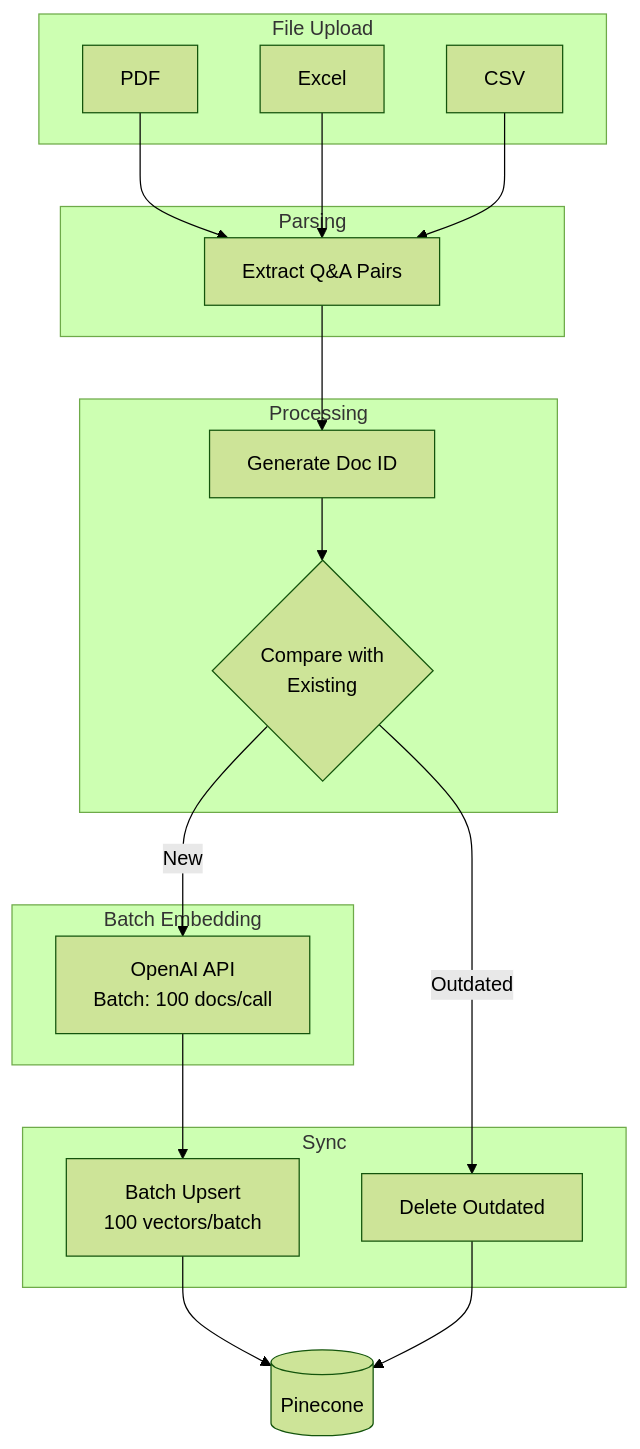
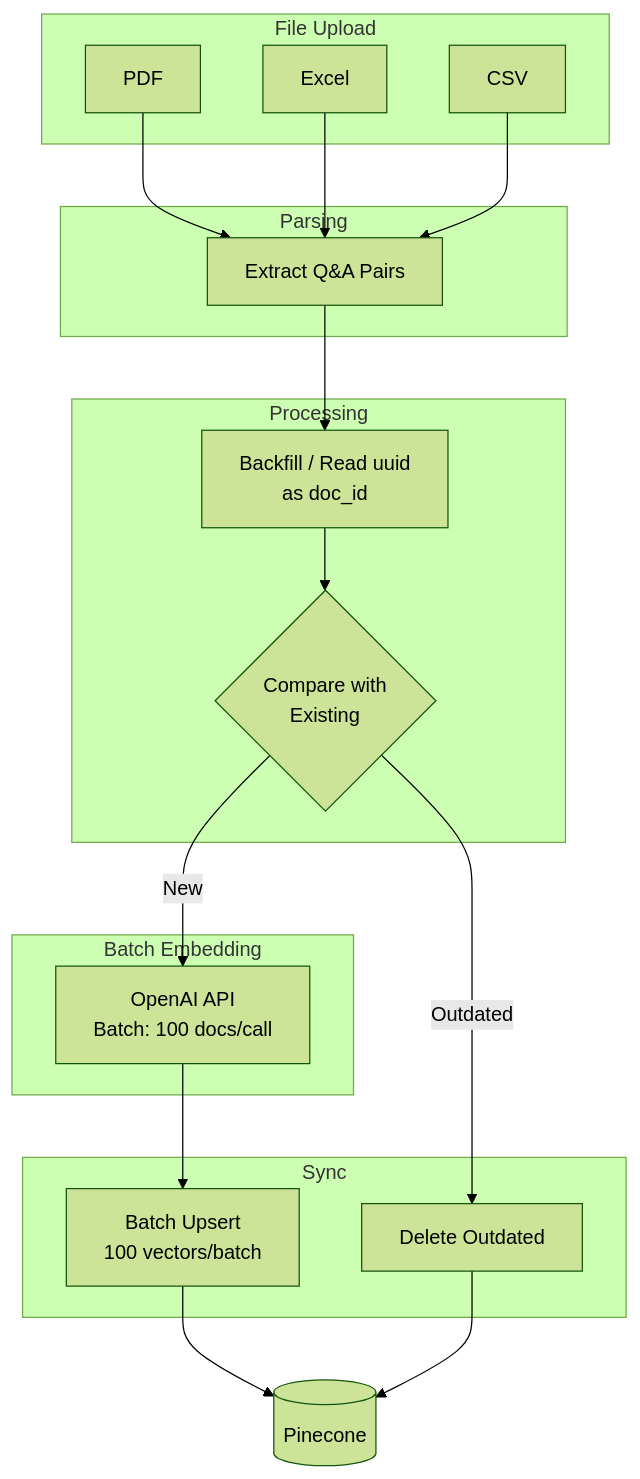
Before and after one commit to albertkingdom/rag-chatbot-demo: the third of 4 diagrams in architecture.md, drawn with Mermaid (forest theme). The commit also changed 9 other files, not shown here.

````diff
--- a/architecture.md
+++ b/architecture.md
@@ -127,39 +127,39 @@
 ```mermaid
 flowchart TB
     subgraph Upload["File Upload"]
         PDF[PDF]
         XLSX[Excel]
         CSV[CSV]
     end
 
     subgraph Parse["Parsing"]
         Extract[Extract Q&A Pairs]
     end
 
     subgraph Process["Processing"]
-        Hash[Generate Doc ID]
+        Uuid[Backfill / Read uuid<br/>as doc_id]
         Compare{Compare with<br/>Existing}
     end
 
     subgraph Embed["Batch Embedding"]
         OpenAI[OpenAI API<br/>Batch: 100 docs/call]
     end
 
     subgraph Sync["Sync"]
         Upsert[Batch Upsert<br/>100 vectors/batch]
         Delete[Delete Outdated]
     end
 
     Pinecone[(Pinecone)]
 
     PDF --> Extract
     XLSX --> Extract
     CSV --> Extract
-    Extract --> Hash
-    Hash --> Compare
+    Extract --> Uuid
+    Uuid --> Compare
     Compare -->|New| OpenAI
     Compare -->|Outdated| Delete
     OpenAI --> Upsert
     Upsert --> Pinecone
     Delete --> Pinecone
 ```
````
